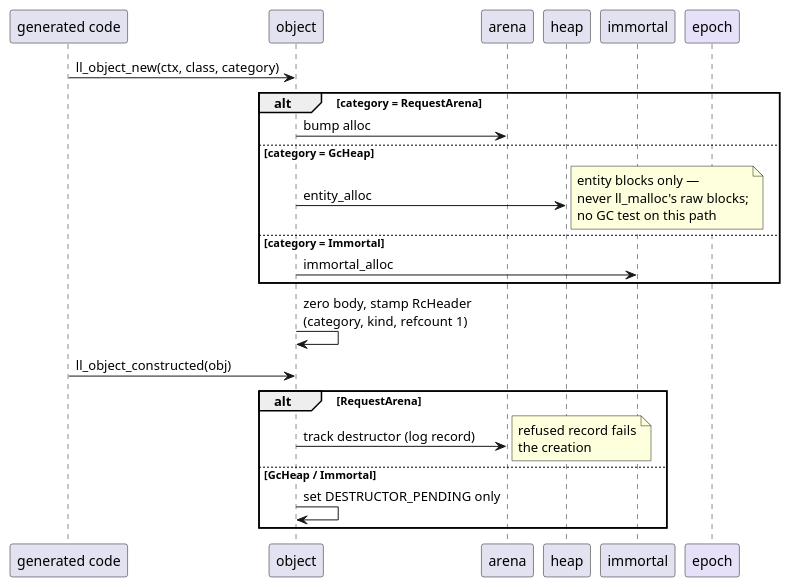
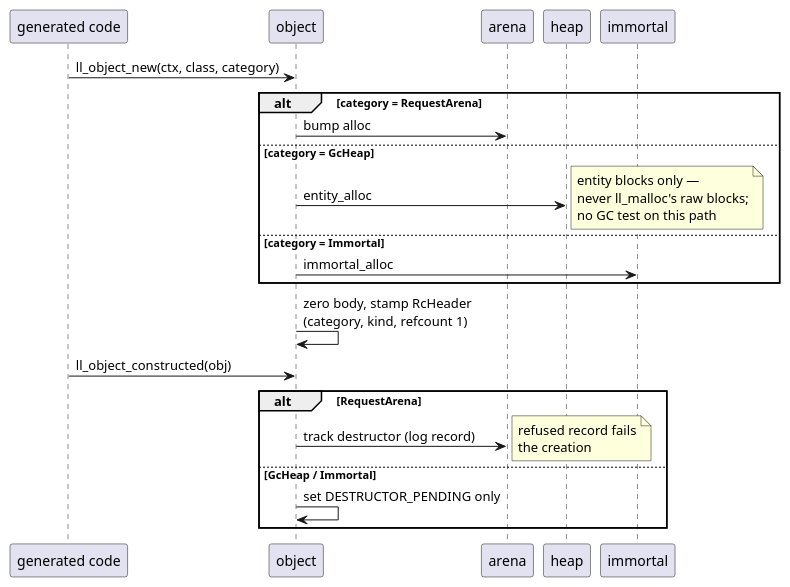
One commit to limelight-lang/model changed the third of 7 diagrams in docs/architecture.md. Above: the diagram before and after it, drawn with PlantUML. The commit also changed other lines of this file and 3 other files, not shown here.

````diff
--- a/docs/architecture.md
+++ b/docs/architecture.md
@@ -231,29 +234,28 @@
 ```plantuml
 @startuml
 skinparam shadowing false
 participant "generated code" as caller
 participant object
 participant arena
 participant heap
 participant immortal
-participant epoch #E6E0F8
 
 caller -> object : ll_object_new(ctx, class, category)
 alt category = RequestArena
   object -> arena : bump alloc
 else category = GcHeap
   object -> heap : entity_alloc
   note right : entity blocks only —\nnever ll_malloc's raw blocks;\nno GC test on this path
 else category = Immortal
   object -> immortal : immortal_alloc
 end
 object -> object : zero body, stamp RcHeader\n(category, kind, refcount 1)
 caller -> object : ll_object_constructed(obj)
 alt RequestArena
   object -> arena : track destructor (log record)
   note right : refused record fails\nthe creation
 else GcHeap / Immortal
   object -> object : set DESTRUCTOR_PENDING only
 end
 @enduml
 ```
````
